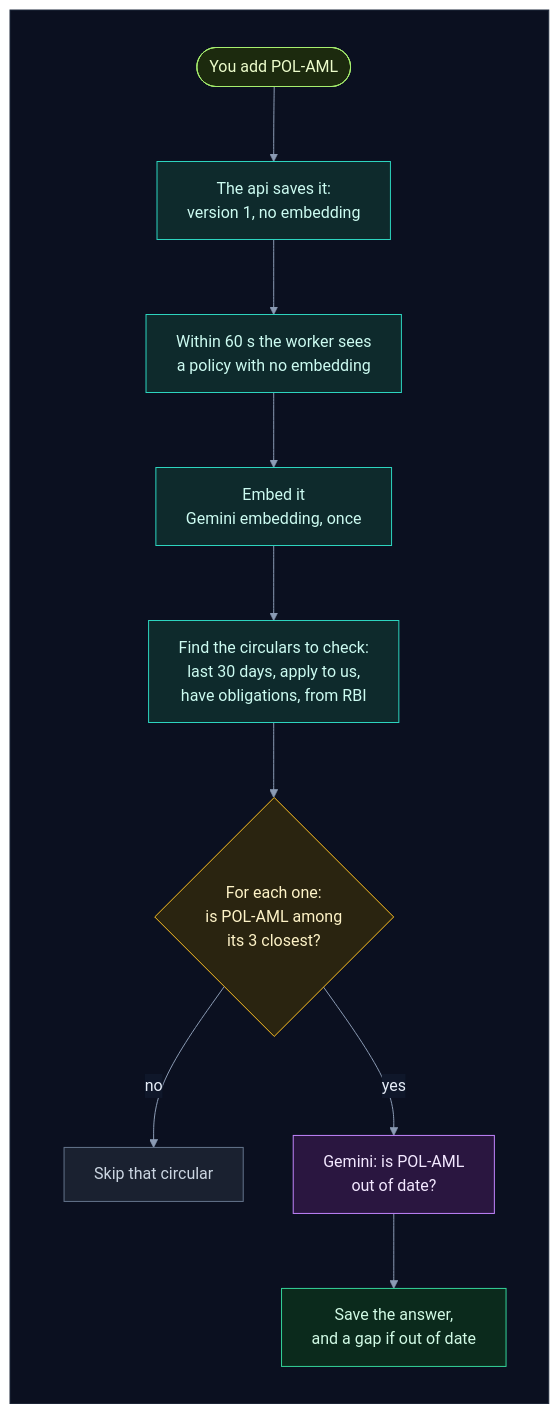
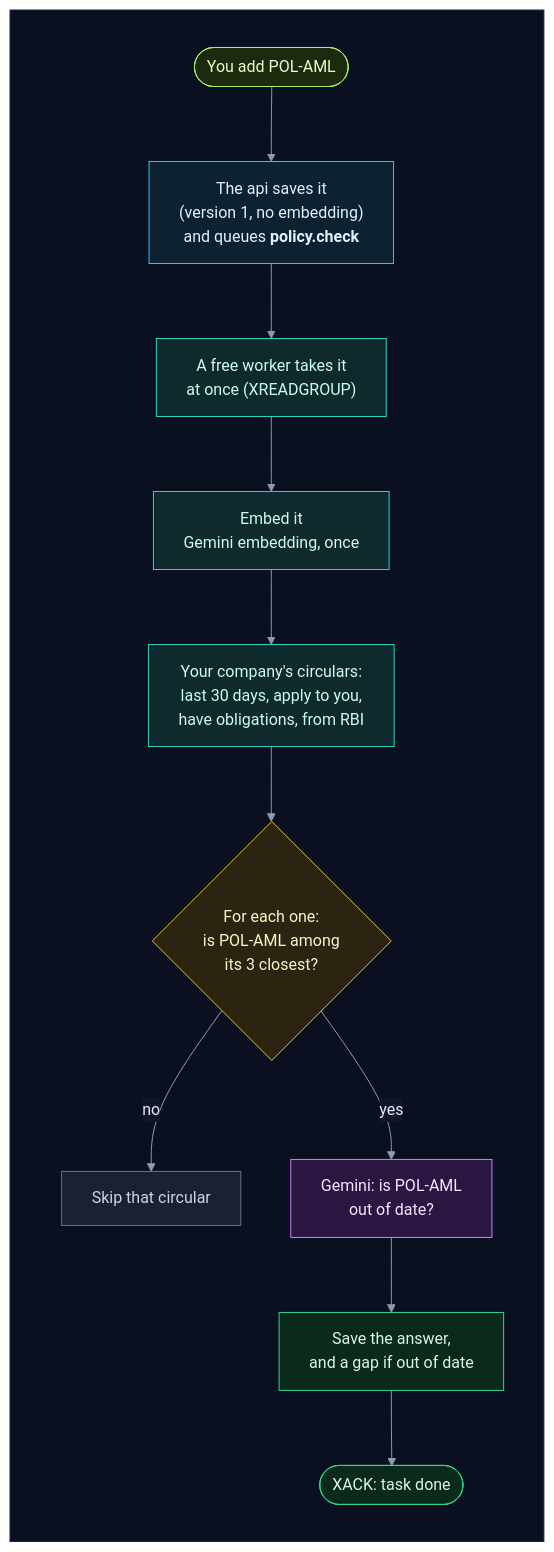
The fourth of 14 diagrams in how_the_worker_works.md (selvakumarperumal/Regulatory_Circular_Impact_Agent), drawn with Mermaid before and after one commit. The commit also changed other lines of this file and 8 other files, not shown here.

Commit message:
Document the task queue and multi-company design

````diff
--- a/how_the_worker_works.md
+++ b/how_the_worker_works.md
@@ -248,31 +305,34 @@
 ```mermaid
 %%{init: {"theme": "base", "flowchart": {"diagramPadding": 0}, "themeVariables": {"darkMode": true, "primaryColor": "#16213a", "primaryTextColor": "#e6edf7", "primaryBorderColor": "#475a7a", "lineColor": "#8b9bb4", "secondaryColor": "#1b2436", "tertiaryColor": "#101a2e", "edgeLabelBackground": "#0f172a", "textColor": "#e2e8f0", "clusterBkg": "#0f1728", "clusterBorder": "#2b3a55", "titleColor": "#c4b5fd", "nodeTextColor": "#e6edf7"}}}%%
 flowchart TD
     subgraph canvas[" "]
         direction TB
-        add(["You add POL-AML"]) --> api["The api saves it:<br/>version 1, no embedding"]
-        api --> wake["Within 60 s the worker sees<br/>a policy with no embedding"]
-        wake --> emb["Embed it<br/>Gemini embedding, once"]
-        emb --> find["Find the circulars to check:<br/>last 30 days, apply to us,<br/>have obligations, from RBI"]
+        add(["You add POL-AML"]) --> api["The api saves it<br/>(version 1, no embedding)<br/>and queues <b>policy.check</b>"]
+        api --> take["A free worker takes it<br/>at once (XREADGROUP)"]
+        take --> emb["Embed it<br/>Gemini embedding, once"]
+        emb --> find["Your company's circulars:<br/>last 30 days, apply to you,<br/>have obligations, from RBI"]
         find --> top{"For each one:<br/>is POL-AML among<br/>its 3 closest?"}
         top -->|"no"| skip["Skip that circular"]
         top -->|"yes"| ask["Gemini: is POL-AML<br/>out of date?"]
         ask --> save["Save the answer,<br/>and a gap if out of date"]
+        save --> ack(["XACK: task done"])
     end
     classDef svc fill:#0e2a2c,stroke:#2dd4bf,color:#ccfbf1
     classDef data fill:#1c1a47,stroke:#818cf8,color:#e0e7ff
     classDef ext fill:#2a1640,stroke:#c084fc,color:#f3e8ff
     classDef gpu fill:#2d1b0c,stroke:#fb923c,color:#ffedd5
     classDef ask fill:#2a2410,stroke:#fbbf24,color:#fef3c7
     classDef ok fill:#0b2a1c,stroke:#34d399,color:#d1fae5
     classDef bad fill:#2e0f17,stroke:#fb7185,color:#ffe4e6
     classDef start fill:#1c2a0e,stroke:#a7ef6f,color:#ecfccb
     classDef muted fill:#1a2130,stroke:#64748b,color:#cbd5e1
+    classDef queue fill:#0c2231,stroke:#38bdf8,color:#e0f2fe
     class add start
-    class api,wake,emb,find svc
+    class api queue
+    class take,emb,find svc
     class top ask
     class skip muted
     class ask ext
-    class save ok
+    class save,ack ok
     style canvas fill:#0b1020,stroke:#1e293b,color:#0b1020
 ```
````
